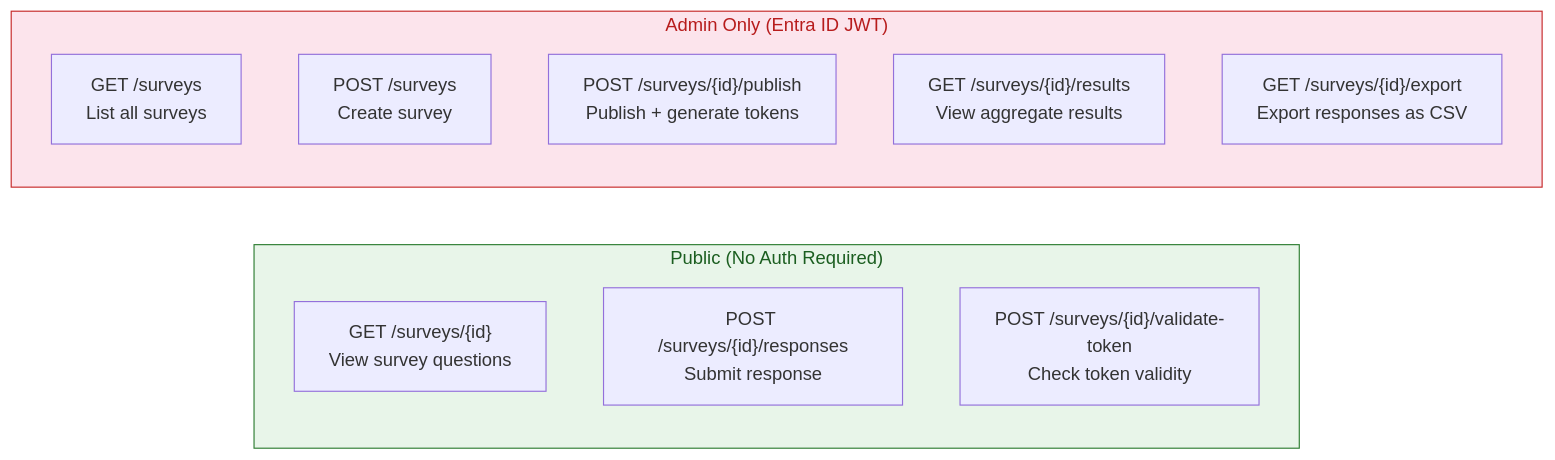
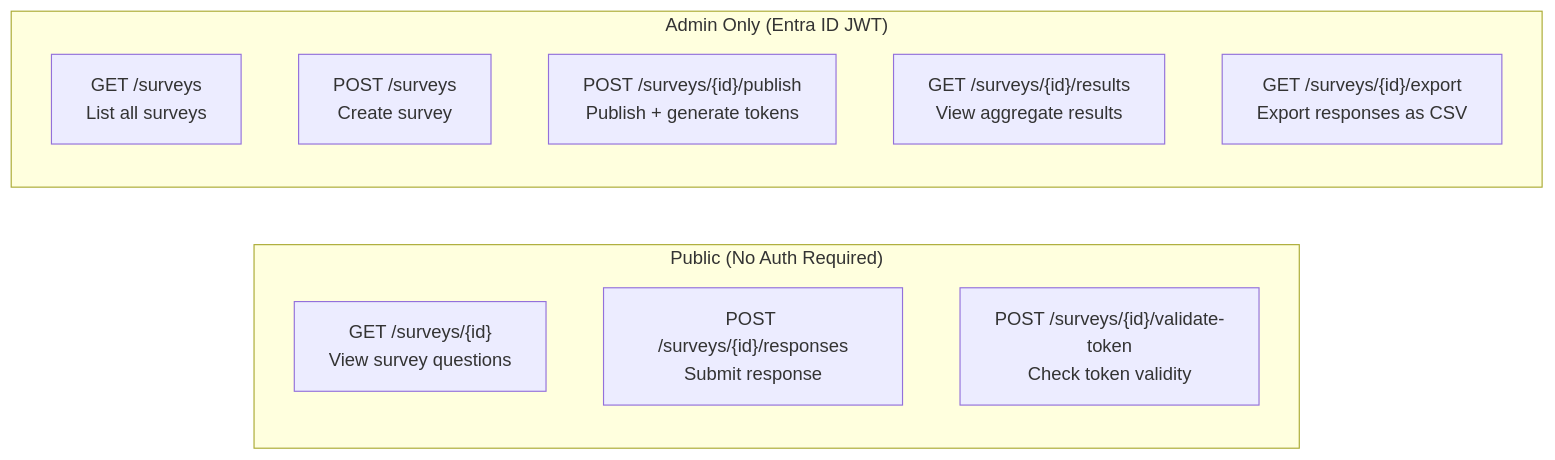
Before and after one commit to asachs/candour: the diagram in docs-site/docs/api/overview.md, drawn with Mermaid. The commit also changed 5 other files, not shown here.

First line of the commit message:
fix: remove hardcoded Mermaid colors for dark-mode compatibility

````diff
--- a/docs-site/docs/api/overview.md
+++ b/docs-site/docs/api/overview.md
@@ -48,21 +48,19 @@
 ```mermaid
 flowchart LR
     subgraph Public["Public (No Auth Required)"]
         direction TB
         A["GET /surveys/{id}<br/>View survey questions"]
         B["POST /surveys/{id}/responses<br/>Submit response"]
         C["POST /surveys/{id}/validate-token<br/>Check token validity"]
     end
 
     subgraph Admin["Admin Only (Entra ID JWT)"]
         direction TB
         D["GET /surveys<br/>List all surveys"]
         E["POST /surveys<br/>Create survey"]
         F["POST /surveys/{id}/publish<br/>Publish + generate tokens"]
         G["GET /surveys/{id}/results<br/>View aggregate results"]
         H["GET /surveys/{id}/export<br/>Export responses as CSV"]
     end
 
-    style Public fill:#e8f5e9,stroke:#2e7d32,color:#1b5e20
-    style Admin fill:#fce4ec,stroke:#c62828,color:#b71c1c
 ```
````
